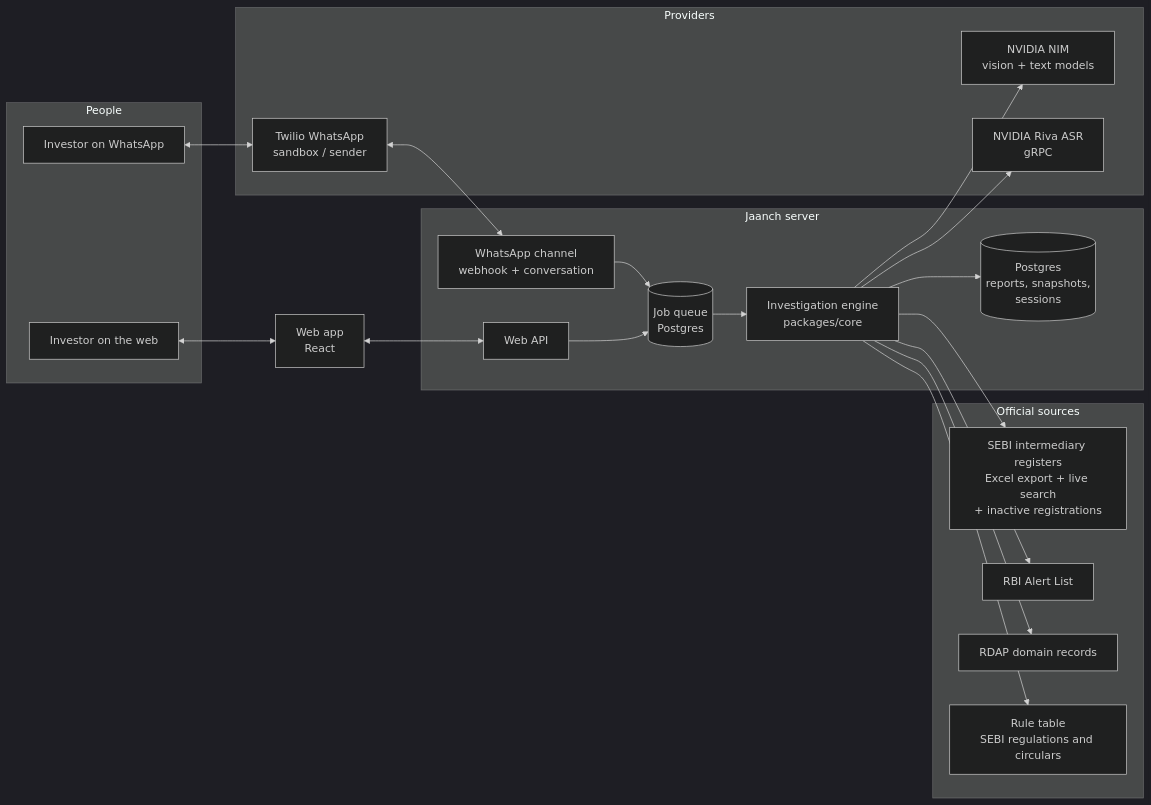
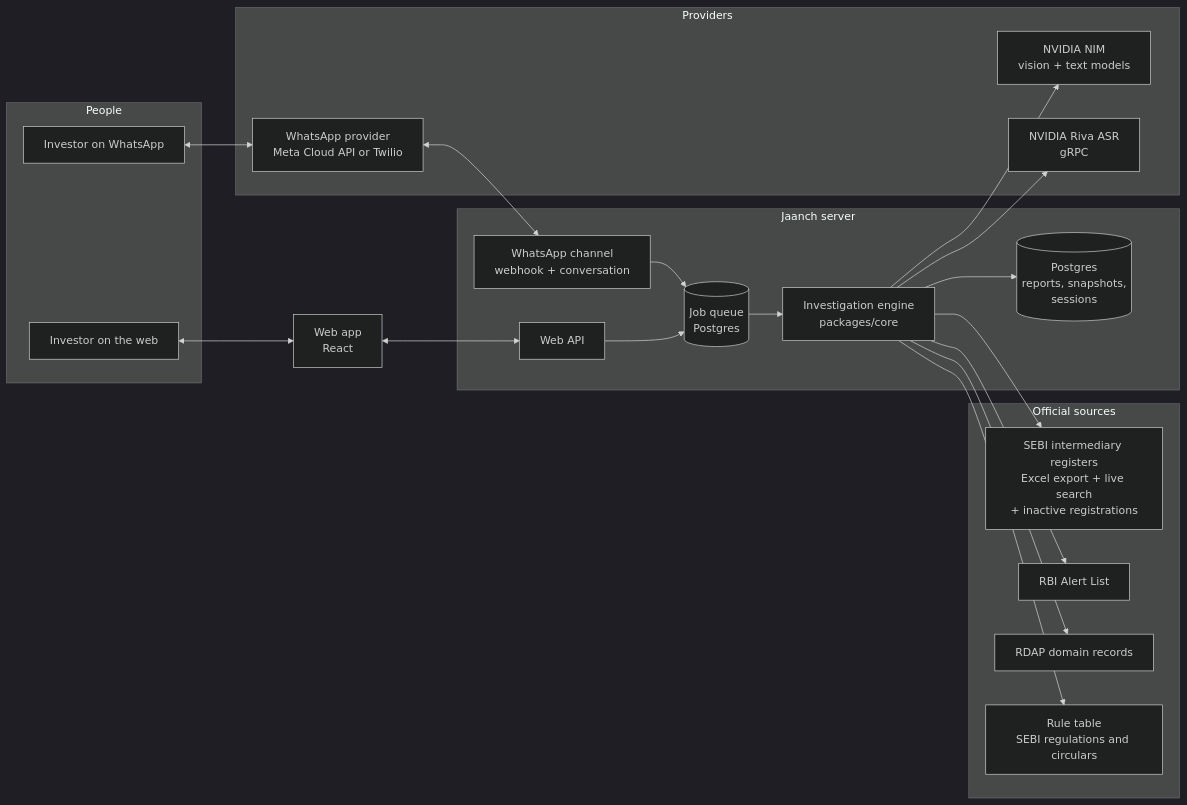
Before and after one commit to Anushika06/Jaanch: the first of 3 diagrams in docs/architecture.md, drawn with Mermaid (dark theme). The commit also changed other lines of this file and 37 other files, not shown here.

````diff
--- a/docs/architecture.md
+++ b/docs/architecture.md
@@ -9,39 +9,39 @@
 ```mermaid
 flowchart LR
   subgraph People
     U1[Investor on WhatsApp]
     U2[Investor on the web]
   end
   subgraph Providers
-    TW[Twilio WhatsApp<br/>sandbox / sender]
+    TW[WhatsApp provider<br/>Meta Cloud API or Twilio]
     NIM[NVIDIA NIM<br/>vision + text models]
     ASR[NVIDIA Riva ASR<br/>gRPC]
   end
   subgraph Official sources
     SEBI[SEBI intermediary registers<br/>Excel export + live search<br/>+ inactive registrations]
     RBI[RBI Alert List]
     RDAP[RDAP domain records]
     RULES[Rule table<br/>SEBI regulations and circulars]
   end
   subgraph Jaanch server
     WH[WhatsApp channel<br/>webhook + conversation]
     API[Web API]
     Q[(Job queue<br/>Postgres)]
     ENG[Investigation engine<br/>packages/core]
     DB[(Postgres<br/>reports, snapshots,<br/>sessions)]
   end
   WEB[Web app<br/>React]
 
   U1 <--> TW <--> WH
   U2 <--> WEB <--> API
   WH --> Q
   API --> Q
   Q --> ENG
   ENG --> NIM
   ENG --> ASR
   ENG --> SEBI
   ENG --> RBI
   ENG --> RDAP
   ENG --> RULES
   ENG --> DB
 ```
````
